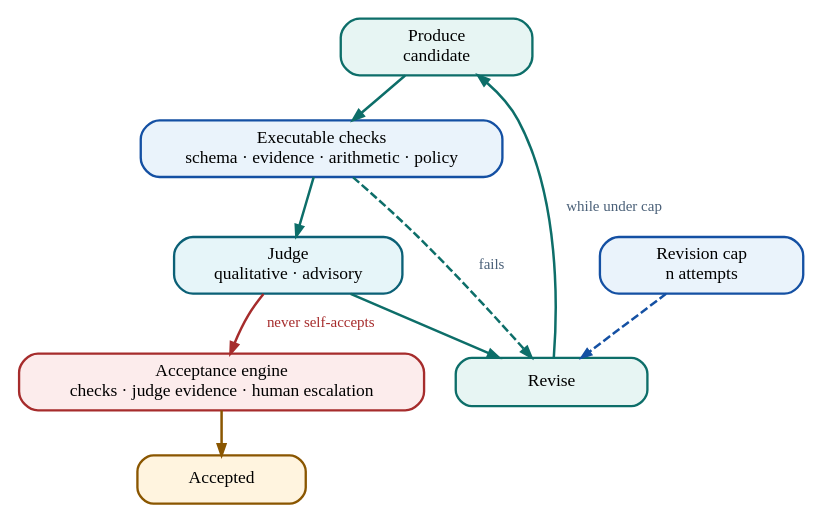
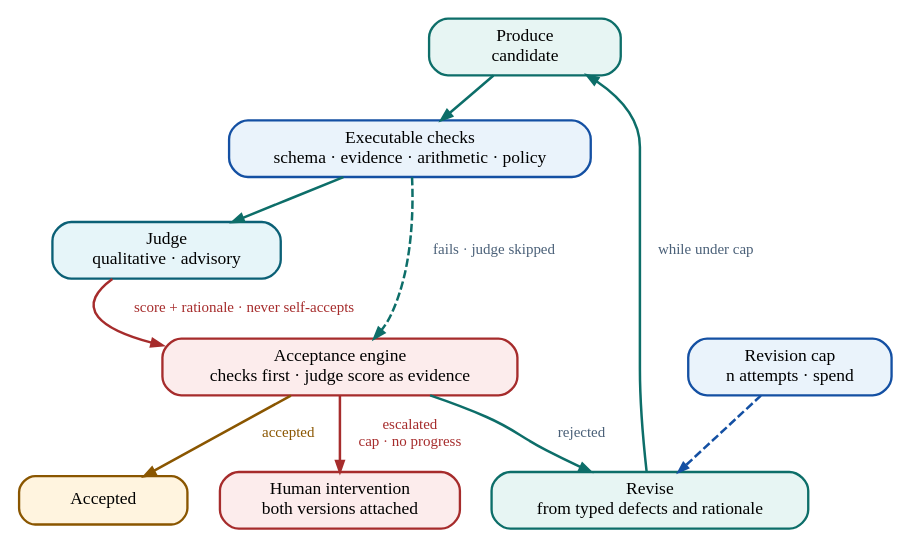
Before and after one commit to rrahimi-uci/building-enterprise-general-intelligence: the diagram in assets/diagrams/src/pattern-reflection.gv, drawn with Graphviz. The commit also changed 10 other files, not shown here.

First line of the commit message:
Fix effect-key reuse, acceptance thresholds, and spend cap in the examples

```diff
--- a/assets/diagrams/src/pattern-reflection.gv
+++ b/assets/diagrams/src/pattern-reflection.gv
@@ -1,29 +1,34 @@
 // Figure 13-1 — Reflection. Improvement without self-certification.
 // Message: the produce-check-judge-revise loop is bounded. Executable checks run
 // before the judge, and the judge's score is advisory. Acceptance is decided
 // outside the loop, by an engine the loop cannot reach -- otherwise the system
-// grades its own homework.
+// grades its own homework. Every exit (accept, reject, escalate) is the engine's.
 digraph pattern_reflection {
   rankdir = TB
   graph [ranksep=0.36, nodesep=0.26]
   node [shape=box, style="filled,rounded", penwidth=1.4, fontsize=10.5,
         margin="0.12,0.07", height=0.40, width=1.6]
   edge [arrowsize=0.65, penwidth=1.5, color="#0D6E69"]
 
   pro [label="Produce\ncandidate", fillcolor="#E7F5F3", color="#0D6E69"]
   chk [label="Executable checks\nschema · evidence · arithmetic · policy", fillcolor="#EAF3FB",
        color="#1450A3", width=2.6]
   ev  [label="Judge\nqualitative · advisory", fillcolor="#E6F5F9", color="#0B6076", width=1.9]
-  rev [label="Revise", fillcolor="#E7F5F3", color="#0D6E69"]
-  cap [label="Revision cap\nn attempts", fillcolor="#EAF3FB", color="#1450A3", width=1.7]
-  gate [label="Acceptance engine\nchecks · judge evidence · human escalation", fillcolor="#FCECEC",
+  gate [label="Acceptance engine\nchecks first · judge score as evidence", fillcolor="#FCECEC",
         color="#A62C2C", width=2.9]
+  rev [label="Revise\nfrom typed defects and rationale", fillcolor="#E7F5F3", color="#0D6E69", width=2.1]
+  cap [label="Revision cap\nn attempts · spend", fillcolor="#EAF3FB", color="#1450A3", width=1.7]
   out [label="Accepted", fillcolor="#FFF4DF", color="#8A5600", width=1.4]
+  hum [label="Human intervention\nboth versions attached", fillcolor="#FCECEC", color="#A62C2C", width=2.0]
 
-  pro -> chk -> ev -> rev
-  chk -> rev [label=" fails", fontsize=9, fontcolor="#4A6078", style=dashed]
+  pro -> chk -> ev
+  chk -> gate [label=" fails · judge skipped", fontsize=9, fontcolor="#4A6078", style=dashed]
+  ev -> gate [color="#A62C2C", label=" score + rationale · never self-accepts", fontsize=9, fontcolor="#A62C2C"]
+  gate -> out [color="#8A5600", label=" accepted", fontsize=9, fontcolor="#8A5600"]
+  gate -> rev [label=" rejected", fontsize=9, fontcolor="#4A6078"]
+  gate -> hum [color="#A62C2C", label=" escalated\n cap · no progress", fontsize=9, fontcolor="#A62C2C"]
   rev -> pro [label=" while under cap", fontsize=9, fontcolor="#4A6078"]
   cap -> rev [color="#1450A3", style=dashed, arrowsize=0.55]
-  ev -> gate [color="#A62C2C", label=" never self-accepts", fontsize=9, fontcolor="#A62C2C"]
-  gate -> out [color="#8A5600"]
+
+  { rank = same; out; rev; hum }
 }
```
